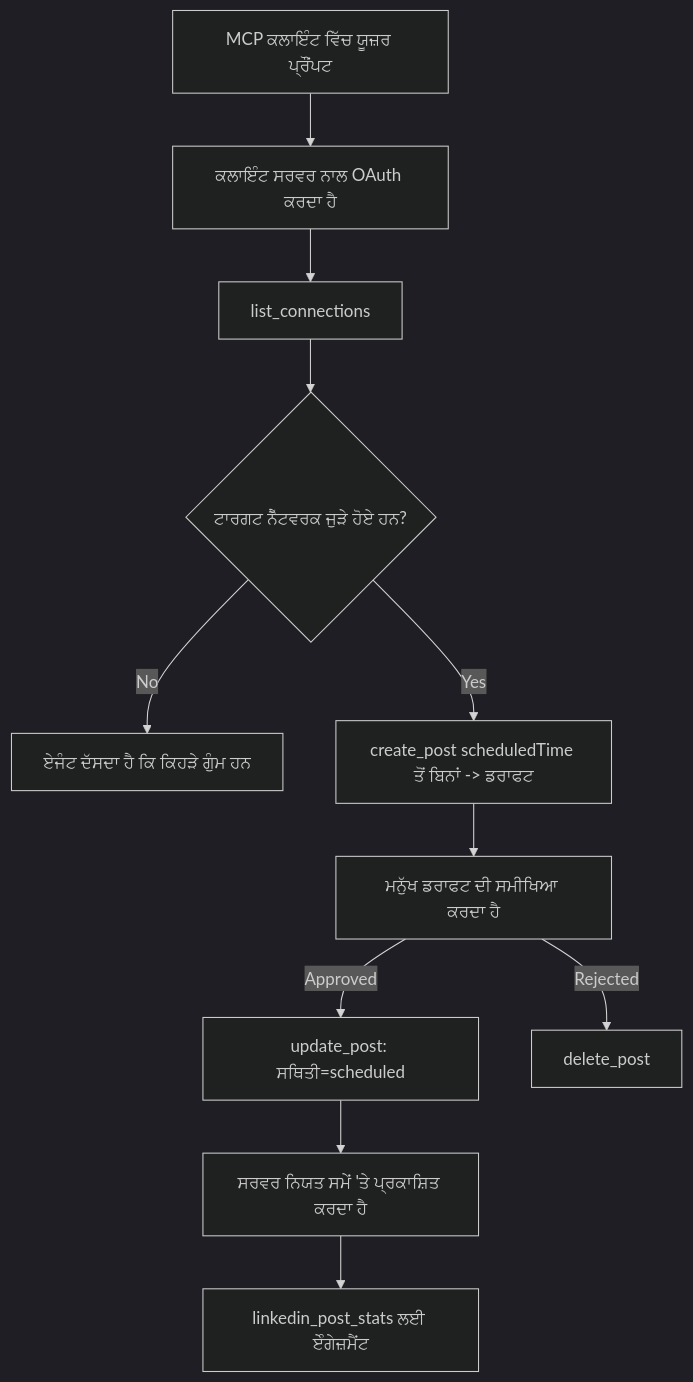
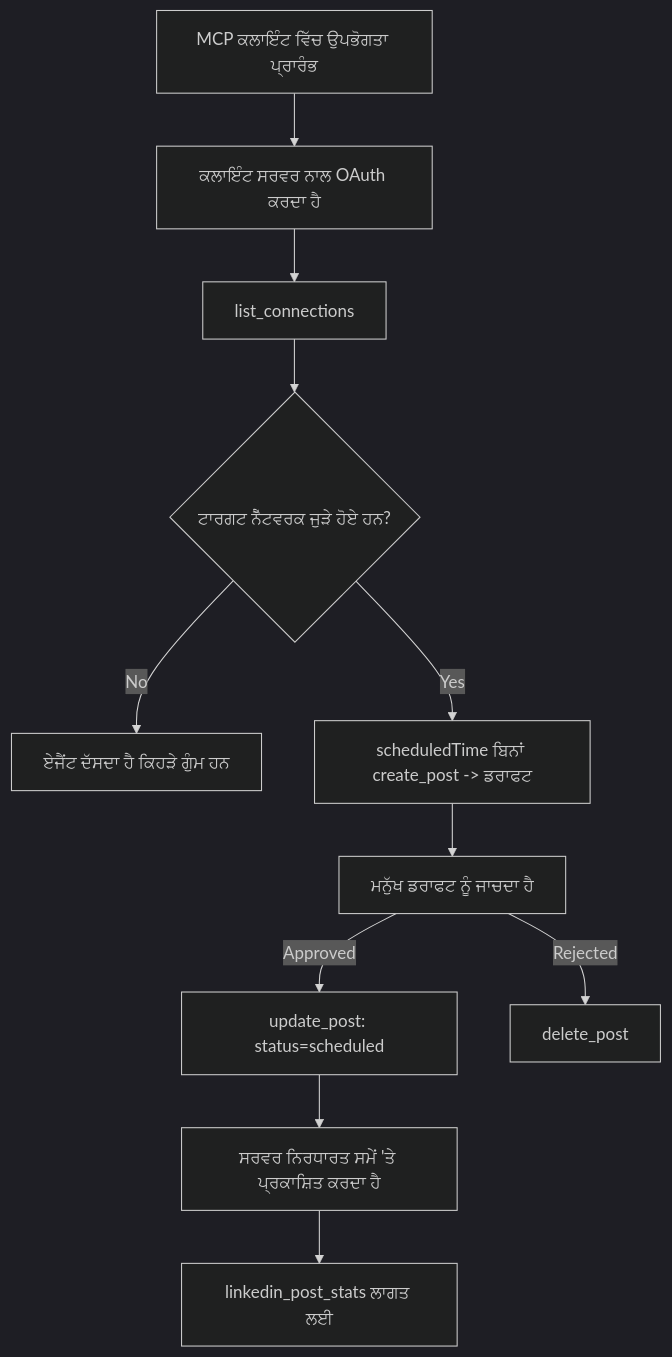
One commit to microsoft/mcp-for-beginners changed the diagram in translations/pa/09-CaseStudy/publora-social-publishing.md. Above: the diagram before and after it, drawn with Mermaid (dark theme). The commit also changed other lines of this file and 129 other files, not shown here.

````diff
--- a/translations/pa/09-CaseStudy/publora-social-publishing.md
+++ b/translations/pa/09-CaseStudy/publora-social-publishing.md
@@ -47,13 +47,13 @@
 ```mermaid
 flowchart TD
-    A[MCP ਕਲਾਇੰਟ ਵਿੱਚ ਯੂਜ਼ਰ ਪ੍ਰੌਂਪਟ] --> B[ਕਲਾਇੰਟ ਸਰਵਰ ਨਾਲ OAuth ਕਰਦਾ ਹੈ]
+    A[MCP ਕਲਾਇੰਟ ਵਿੱਚ ਉਪਭੋਗਤਾ ਪ੍ਰਾਰੰਭ] --> B[ਕਲਾਇੰਟ ਸਰਵਰ ਨਾਲ OAuth ਕਰਦਾ ਹੈ]
     B --> C[list_connections]
     C --> D{ਟਾਰਗਟ ਨੈੱਟਵਰਕ ਜੁੜੇ ਹੋਏ ਹਨ?}
-    D -- No --> E[ਏਜੰਟ ਦੱਸਦਾ ਹੈ ਕਿ ਕਿਹੜੇ ਗੁੰਮ ਹਨ]
-    D -- Yes --> F[create_post scheduledTime ਤੋਂ ਬਿਨਾਂ -> ਡਰਾਫਟ]
-    F --> G[ਮਨੁੱਖ ਡਰਾਫਟ ਦੀ ਸਮੀਖਿਆ ਕਰਦਾ ਹੈ]
-    G -- Approved --> H[update_post: ਸਥਿਤੀ=scheduled]
+    D -- No --> E[ਏਜੈਂਟ ਦੱਸਦਾ ਹੈ ਕਿਹੜੇ ਗੁੰਮ ਹਨ]
+    D -- Yes --> F[scheduledTime ਬਿਨਾਂ create_post -> ਡਰਾਫਟ]
+    F --> G[ਮਨੁੱਖ ਡਰਾਫਟ ਨੂੰ ਜਾਚਦਾ ਹੈ]
+    G -- Approved --> H[update_post: status=scheduled]
     G -- Rejected --> I[delete_post]
-    H --> J[ਸਰਵਰ ਨਿਯਤ ਸਮੇਂ 'ਤੇ ਪ੍ਰਕਾਸ਼ਿਤ ਕਰਦਾ ਹੈ]
-    J --> K[linkedin_post_stats ਲਈ ਏੰਗੇਜ਼ਮੈਂਟ]
+    H --> J[ਸਰਵਰ ਨਿਰਧਾਰਤ ਸਮੇਂ 'ਤੇ ਪ੍ਰਕਾਸ਼ਿਤ ਕਰਦਾ ਹੈ]
+    J --> K[linkedin_post_stats ਲਾਗਤ ਲਈ]
 ```
````
